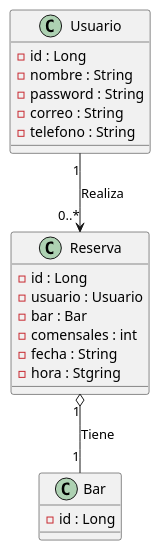
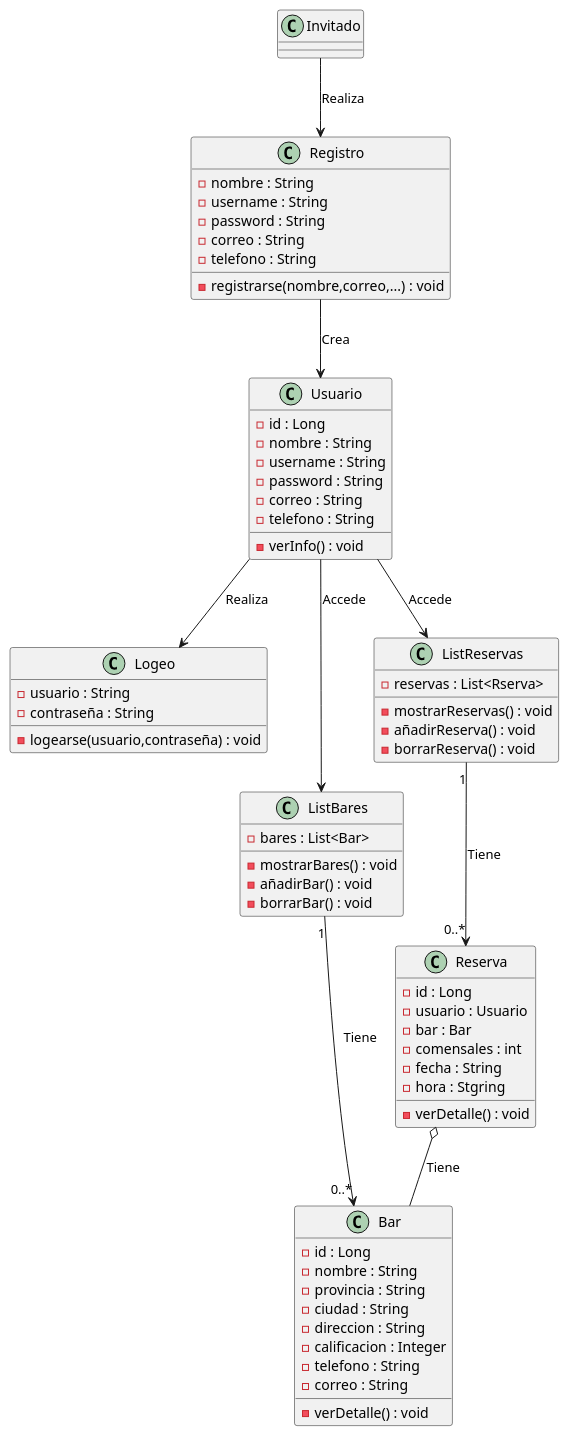
Before and after one commit to acascoc098/BARteca-V2: the diagram in documentación/diagramas/clases-backend.puml, drawn with PlantUML. The commit also changed 8 other files, not shown here.

Commit message:
Diagrama de clases PlantUML

```diff
--- a/documentación/diagramas/clases-backend.puml
+++ b/documentación/diagramas/clases-backend.puml
@@ -1,28 +1,81 @@
 @startuml
 
 class Bar{
     - id : Long
+    - nombre : String
+    - provincia : String
+    - ciudad : String
+    - direccion : String
+    - calificacion : Integer
+    - telefono : String
+    - correo : String
+    - verDetalle() : void
 }
 
 class Usuario{
     - id : Long
     - nombre : String
+    - username : String
     - password : String
     - correo : String
     - telefono : String
+    - verInfo() : void
+}
+
+class Invitado{
+}
+
+class Registro{
+    - nombre : String
+    - username : String
+    - password : String
+    - correo : String
+    - telefono : String
+    - registrarse(nombre,correo,...) : void
+}
+
+class Logeo{
+    - usuario : String
+    - contraseña : String
+    - logearse(usuario,contraseña) : void
 }
 
 class Reserva{
     - id : Long
     - usuario : Usuario
     - bar : Bar
     - comensales : int
     - fecha : String
     - hora : Stgring
+    - verDetalle() : void
 }
 
-Usuario "1" --> "0..*" Reserva : Realiza
+class ListBares{
+    - bares : List<Bar>
+    - mostrarBares() : void
+    - añadirBar() : void
+    - borrarBar() : void
+}
 
-Reserva "1" o-- "1" Bar : Tiene
+class ListReservas{
+    - reservas : List<Rserva>
+    - mostrarReservas() : void
+    - añadirReserva() : void
+    - borrarReserva() : void
+}
+
+Invitado --> Registro : Realiza
+
+Registro --> Usuario : Crea
+
+Usuario --> Logeo : Realiza
+
+Usuario  -->  ListBares : Accede
+Usuario  -->  ListReservas : Accede
+
+ListBares "1" --> "0..*" Bar : Tiene
+ListReservas "1" --> "0..*" Reserva : Tiene
+
+Reserva  o--  Bar : Tiene
 
 @enduml
```
